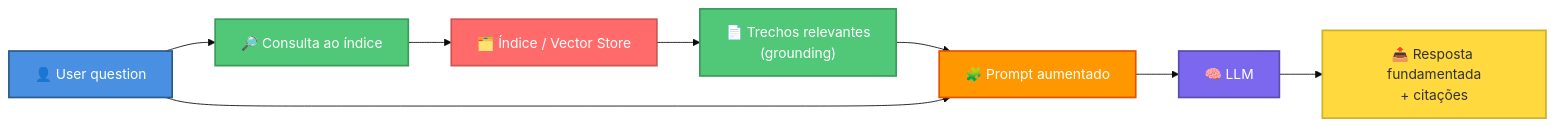
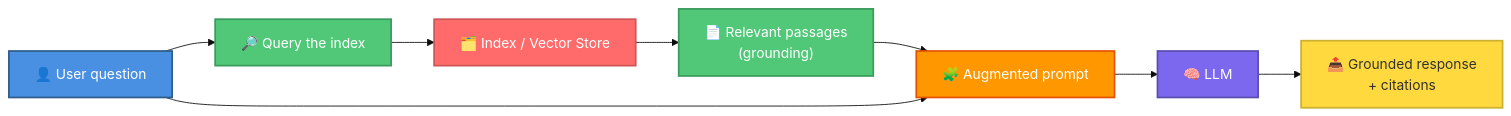
The third of 6 diagrams in references/01-llm-rag-ai-agent-fundamentals.md (fabioharams/hubsp-ai-skill), drawn with Mermaid (base theme) before and after one commit. The commit also changed other lines of this file and 5 other files, not shown here.

````diff
--- a/references/01-llm-rag-ai-agent-fundamentals.md
+++ b/references/01-llm-rag-ai-agent-fundamentals.md
@@ -60,18 +60,18 @@
 ```mermaid
 flowchart LR
-    U["👤 User question"] --> Q["🔎 Consulta ao índice"]
-    Q --> IDX["🗂️ Índice / Vector Store"]
-    IDX --> C["📄 Trechos relevantes<br/>(grounding)"]
-    C --> P["🧩 Prompt aumentado"]
+    U["👤 User question"] --> Q["🔎 Query the index"]
+    Q --> IDX["🗂️ Index / Vector Store"]
+    IDX --> C["📄 Relevant passages<br/>(grounding)"]
+    C --> P["🧩 Augmented prompt"]
     U --> P
     P --> M["🧠 LLM"]
-    M --> A["📤 Resposta fundamentada<br/>+ citações"]
+    M --> A["📤 Grounded response<br/>+ citations"]
 
     style U fill:#4A90E2,stroke:#2E5C8A,color:#fff,stroke-width:2px
     style Q fill:#50C878,stroke:#3A9B5C,color:#fff,stroke-width:2px
     style IDX fill:#FF6B6B,stroke:#CC5555,color:#fff,stroke-width:2px
     style C fill:#50C878,stroke:#3A9B5C,color:#fff,stroke-width:2px
     style P fill:#FF9800,stroke:#E65100,color:#fff,stroke-width:2px
     style M fill:#7B68EE,stroke:#5A4DB0,color:#fff,stroke-width:2px
     style A fill:#FFD93D,stroke:#CCB030,color:#333,stroke-width:2px
 ```
````
